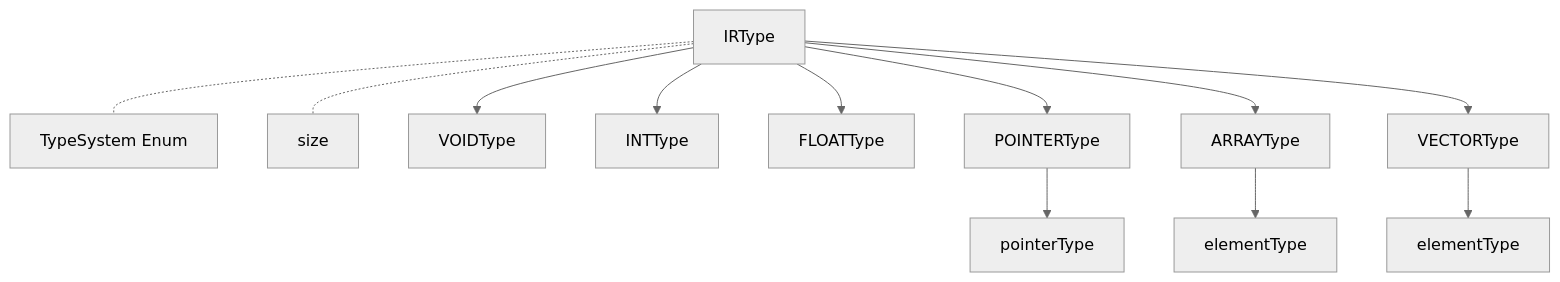
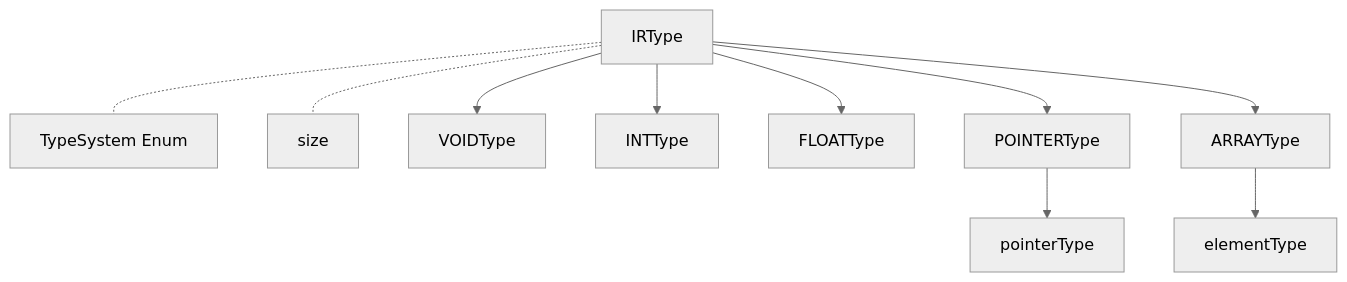
Before and after one commit to lyjy051219/SysYCompiler: the ninth of 21 diagrams in Compiler/doc/DOCS.md, drawn with Mermaid (neutral theme). The commit also changed other lines of this file and 47 other files, not shown here.

````diff
--- a/Compiler/doc/DOCS.md
+++ b/Compiler/doc/DOCS.md
@@ -581,14 +567,12 @@
   ```mermaid
   graph TD
   	N1[IRType] -.- N2[TypeSystem Enum]
   	N1[IRType] -.- N3[size]
   	N1[IRType] --> N4[VOIDType]
   	N1[IRType] --> N6[INTType]
   	N1[IRType] --> N10[FLOATType]
   	N1[IRType] --> N14[POINTERType]
   	N14[POINTERType] --> N15[pointerType]
   	N1[IRType] --> N16[ARRAYType]
   	N16[ARRAYType] --> N17[elementType]
-  	N1[IRType] --> N18[VECTORType]
-  	N18[VECTORType] --> N19[elementType]
   ```
````
